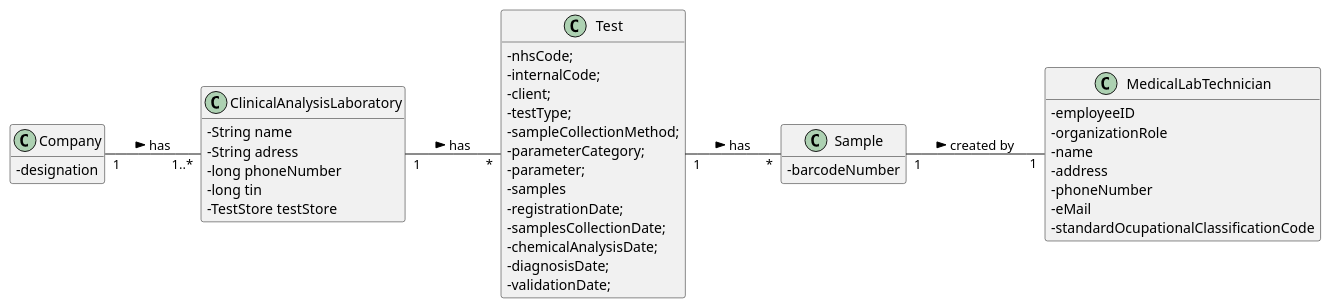
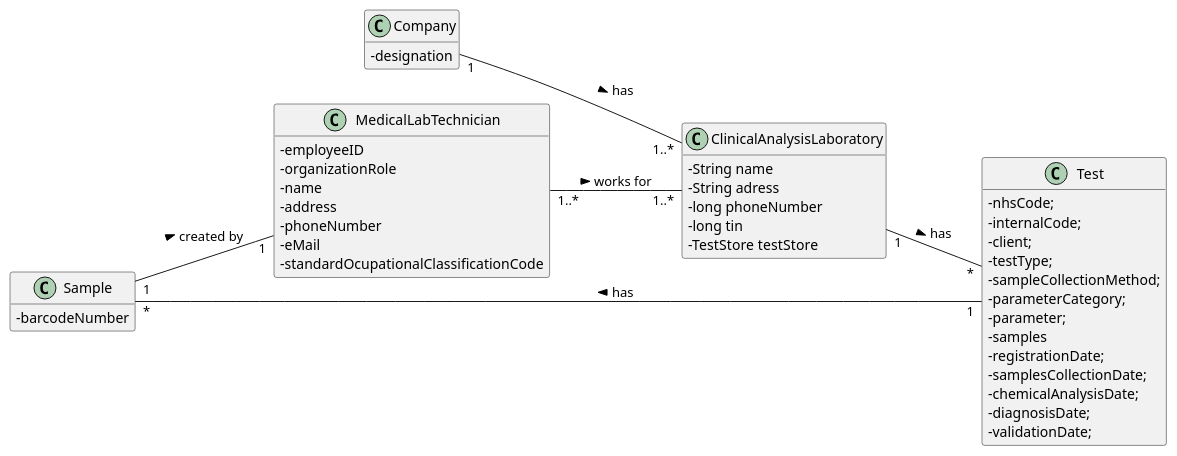
Before and after one commit to RuiRioPina/LAPR2-20-21: the diagram in docs/SprintC/US_5/UC5_MD.puml, drawn with PlantUML. The commit also changed 6 other files, not shown here.

```diff
--- a/docs/SprintC/US_5/UC5_MD.puml
+++ b/docs/SprintC/US_5/UC5_MD.puml
@@ -1,52 +1,53 @@
 @startuml
 skinparam classAttributeIconSize 0
 hide methods
 left to right direction
 
 class Sample {
   -barcodeNumber
 }
 
 class Company {
   -designation
 }
 
 class ClinicalAnalysisLaboratory {
   -String name
   -String adress
   -long phoneNumber
   -long tin
   -TestStore testStore
   +getTestStore()
 }
 class Test {
   -nhsCode;
   -internalCode;
   -client;
   -testType;
   -sampleCollectionMethod;
   -parameterCategory;
   -parameter;
   -samples
   -registrationDate;
   -samplesCollectionDate;
   -chemicalAnalysisDate;
   -diagnosisDate;
   -validationDate;
 }
 
 class MedicalLabTechnician {
   -employeeID
   -organizationRole
   -name
   -address
   -phoneNumber
   -eMail
   -standardOcupationalClassificationCode
 }
 
 Company "1" -- "1..*" ClinicalAnalysisLaboratory : has >
 ClinicalAnalysisLaboratory "1" -- "*" Test : has >
+MedicalLabTechnician "1..*" -- "1..*" ClinicalAnalysisLaboratory : works for >
 Test "1" -- "*" Sample : has >
 Sample "1" -- "1" MedicalLabTechnician : created by >
 @enduml
```
